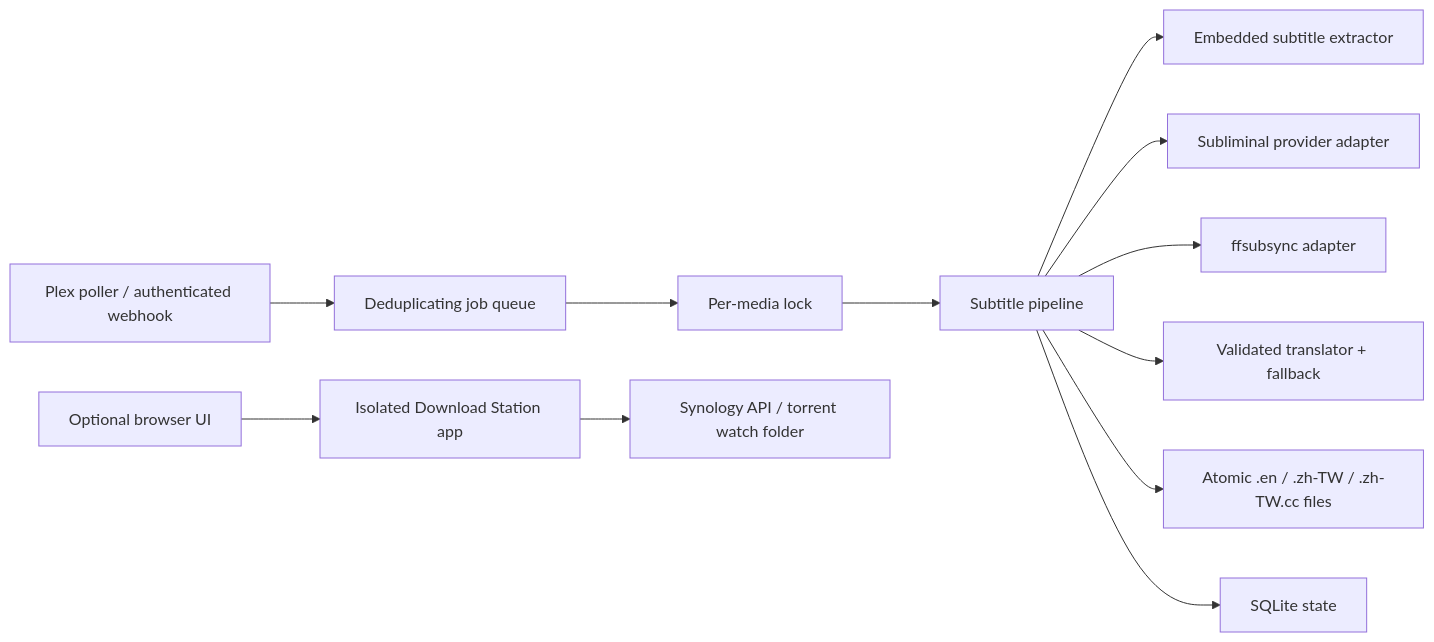
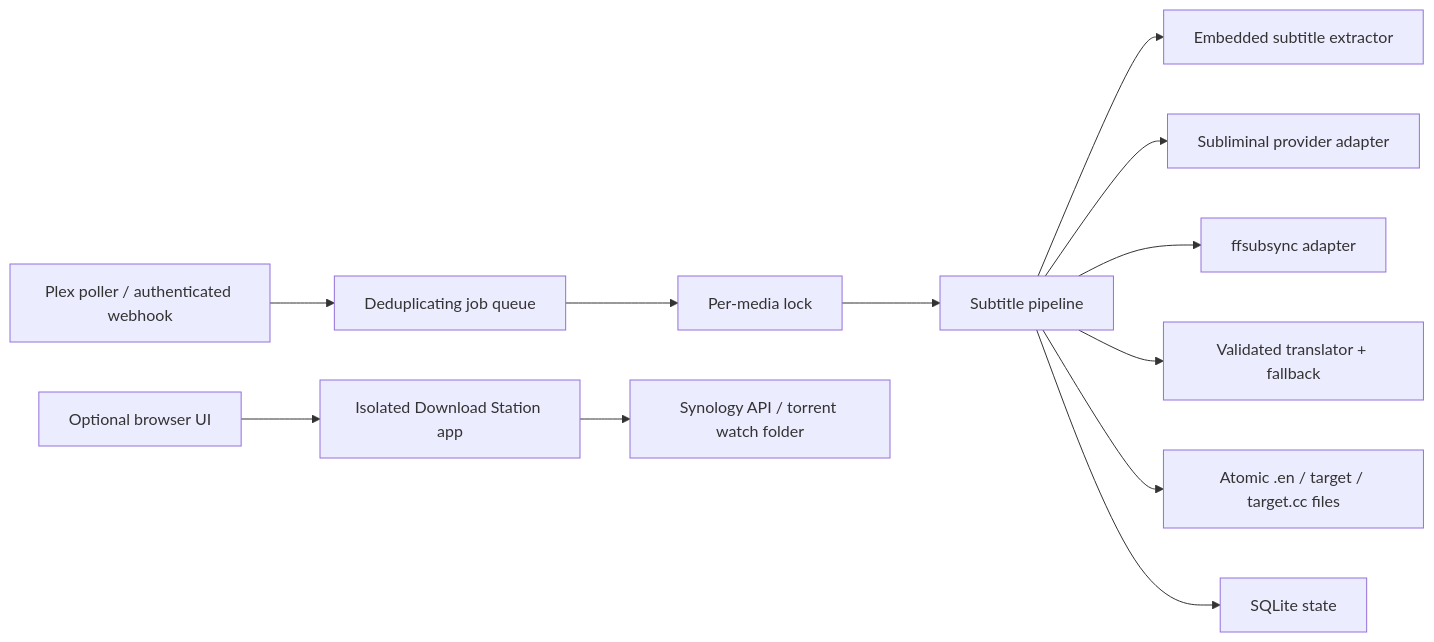
The diagram in ARCHITECTURE.md (NLINEA/PairCue), drawn with Mermaid before and after one commit. The commit also changed other lines of this file and 17 other files, not shown here.

````diff
--- a/ARCHITECTURE.md
+++ b/ARCHITECTURE.md
@@ -15,15 +15,15 @@
 ```mermaid
 flowchart LR
     Plex["Plex poller / authenticated webhook"] --> Queue["Deduplicating job queue"]
     Queue --> Lock["Per-media lock"]
     Lock --> Pipeline["Subtitle pipeline"]
     Pipeline --> Embedded["Embedded subtitle extractor"]
     Pipeline --> Provider["Subliminal provider adapter"]
     Pipeline --> Sync["ffsubsync adapter"]
     Pipeline --> Translate["Validated translator + fallback"]
-    Pipeline --> Output["Atomic .en / .zh-TW / .zh-TW.cc files"]
+    Pipeline --> Output["Atomic .en / target / target.cc files"]
     Pipeline --> State["SQLite state"]
 
     Browser["Optional browser UI"] --> DownloadAPI["Isolated Download Station app"]
     DownloadAPI --> Synology["Synology API / torrent watch folder"]
 ```
````
